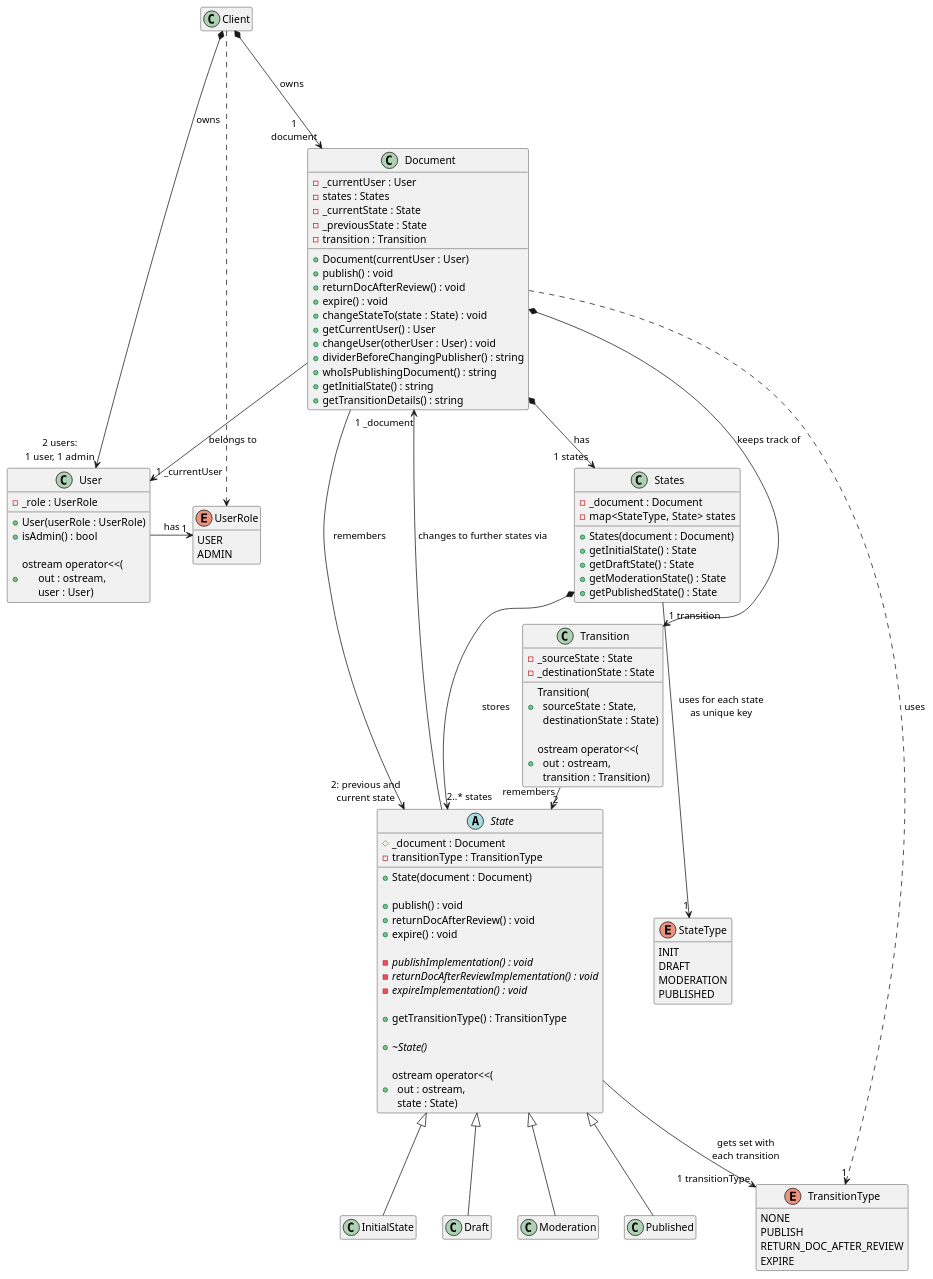
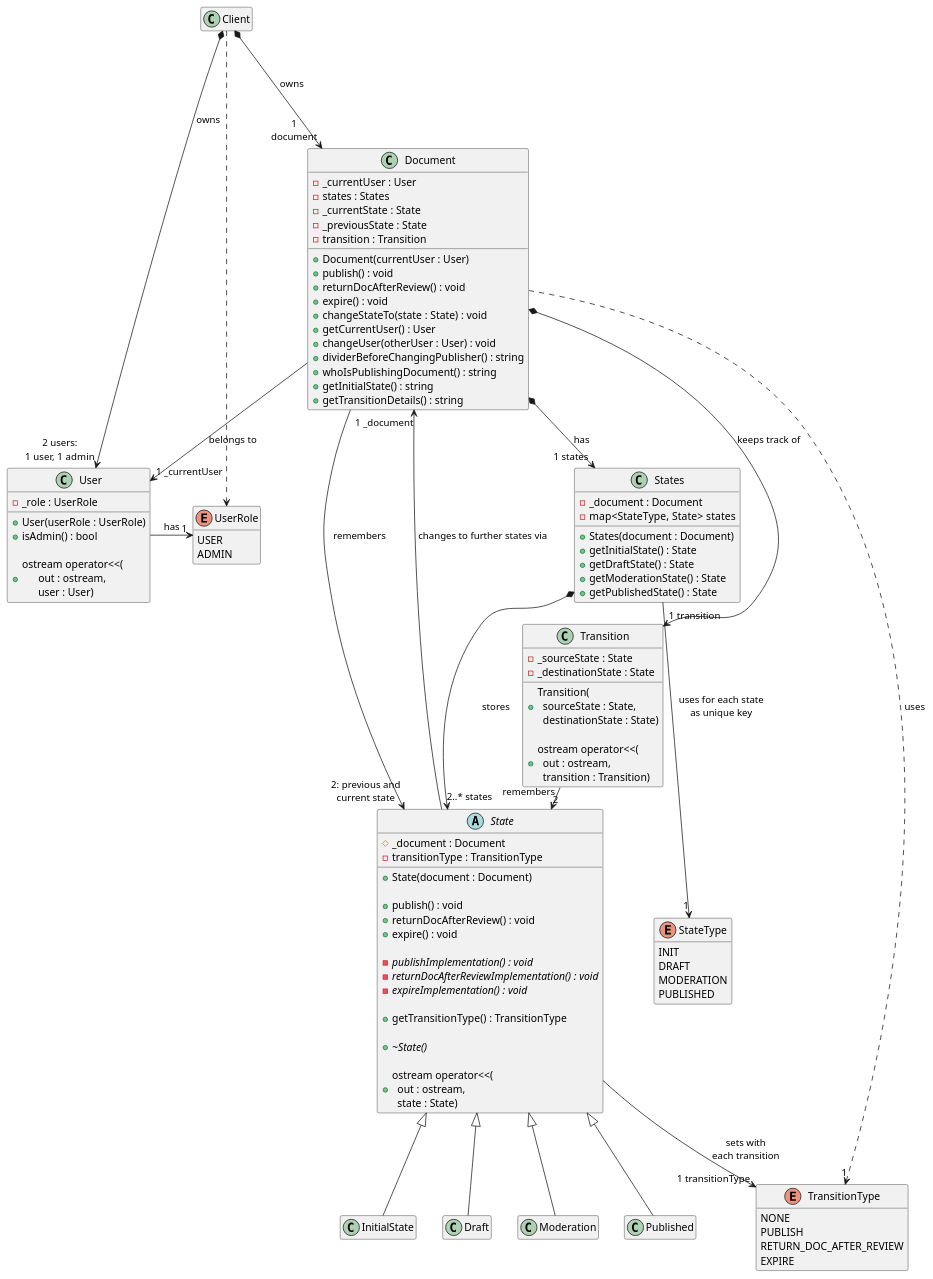
Before and after one commit to kyberdrb/CLionProjects: the diagram in state_design_pattern/documentAsStateDesignPatternProduction/state_design_pattern-class_diagram.puml, drawn with PlantUML. The commit also changed 1 other file, not shown here.

Commit message:
State design pattern: v3 - Precreated states: edit UML class diagram + add sources pt. 1

```diff
--- a/state_design_pattern/documentAsStateDesignPatternProduction/state_design_pattern-class_diagram.puml
+++ b/state_design_pattern/documentAsStateDesignPatternProduction/state_design_pattern-class_diagram.puml
@@ -1,152 +1,152 @@
 @startuml
 'https://plantuml.com/class-diagram
 
 class Client
 hide Client members
 
 Client *---> "1\ndocument" Document : owns
 Client *--> "2 users:\n1 user, 1 admin" User : owns
 Client .> UserRole
 
 class Document {
     + Document(currentUser : User)
     + publish() : void
     + returnDocAfterReview() : void
     + expire() : void
     + changeStateTo(state : State) : void
     + getCurrentUser() : User
     + changeUser(otherUser : User) : void
     + dividerBeforeChangingPublisher() : string
     + whoIsPublishingDocument() : string
     + getInitialState() : string
     + getTransitionDetails() : string
 
     - _currentUser : User
     - states : States
     - _currentState : State
     - _previousState : State
     - transition : Transition
 }
 
 Document --> "2: previous and\ncurrent state" State : remembers
 Document --> "1 _currentUser" User : belongs to
 Document *--> "1 transition" Transition : keeps track of
 Document ..> "1" TransitionType : uses
 Document *--> "1 states" States : has
 
 enum StateType {
     INIT
     DRAFT
     MODERATION
     PUBLISHED
 }
 
 hide StateType methods
 
 class States {
     + States(document : Document)
     + getInitialState() : State
     + getDraftState() : State
     + getModerationState() : State
     + getPublishedState() : State
 
     - _document : Document
     - map<StateType, State>  states
 }
 
 States --> "1" StateType : uses for each state\nas unique key
 States *--> "2..* states" State : stores
 
 /'States *--> InitialState
 States *--> Draft
 States *--> Moderation
 States *--> Published'/
 
 abstract class State {
     + State(document : Document)
 
     + publish() : void
     + returnDocAfterReview() : void
     + expire() : void
 
   - {abstract} publishImplementation() : void
   - {abstract} returnDocAfterReviewImplementation() : void
   - {abstract} expireImplementation() : void
 
   + getTransitionType() : TransitionType
 
   + {abstract} ~State()
 
   + ostream operator<<(\n\
   out : ostream,\n\
   state : State)
 
     # _document : Document
     - transitionType : TransitionType
 }
 
 State --> "1 _document" Document : changes to further states via
-State --> "1 transitionType" TransitionType : gets set with\neach transition
+State --> "1 transitionType" TransitionType : sets with\neach transition
 
 State <|-- InitialState
 State <|-- Draft
 State <|-- Moderation
 State <|-- Published
 
 class InitialState
 hide InitialState members
 
 class Draft
 hide Draft members
 
 class Moderation
 hide Moderation members
 
 class Published
 hide Published members
 
 class Transition {
     + Transition(\n\
   sourceState : State,\n\
   destinationState : State)
 
     + ostream operator<<(\n\
   out : ostream,\n\
   transition : Transition)
 
     - _sourceState : State
     - _destinationState : State
 }
 
 Transition -> "2" State : remembers
 
 enum TransitionType {
     NONE
     PUBLISH
     RETURN_DOC_AFTER_REVIEW
     EXPIRE
 }
 
 hide TransitionType methods
 
 class User {
     + User(userRole : UserRole)
     + isAdmin() : bool
 
     + ostream operator<<(\n\
       out : ostream,\n\
       user : User)
 
     - _role : UserRole
 }
 
 User -> "1" UserRole : has
 
 enum UserRole {
     USER
     ADMIN
 }
 
 hide UserRole methods
 
 @enduml
```
